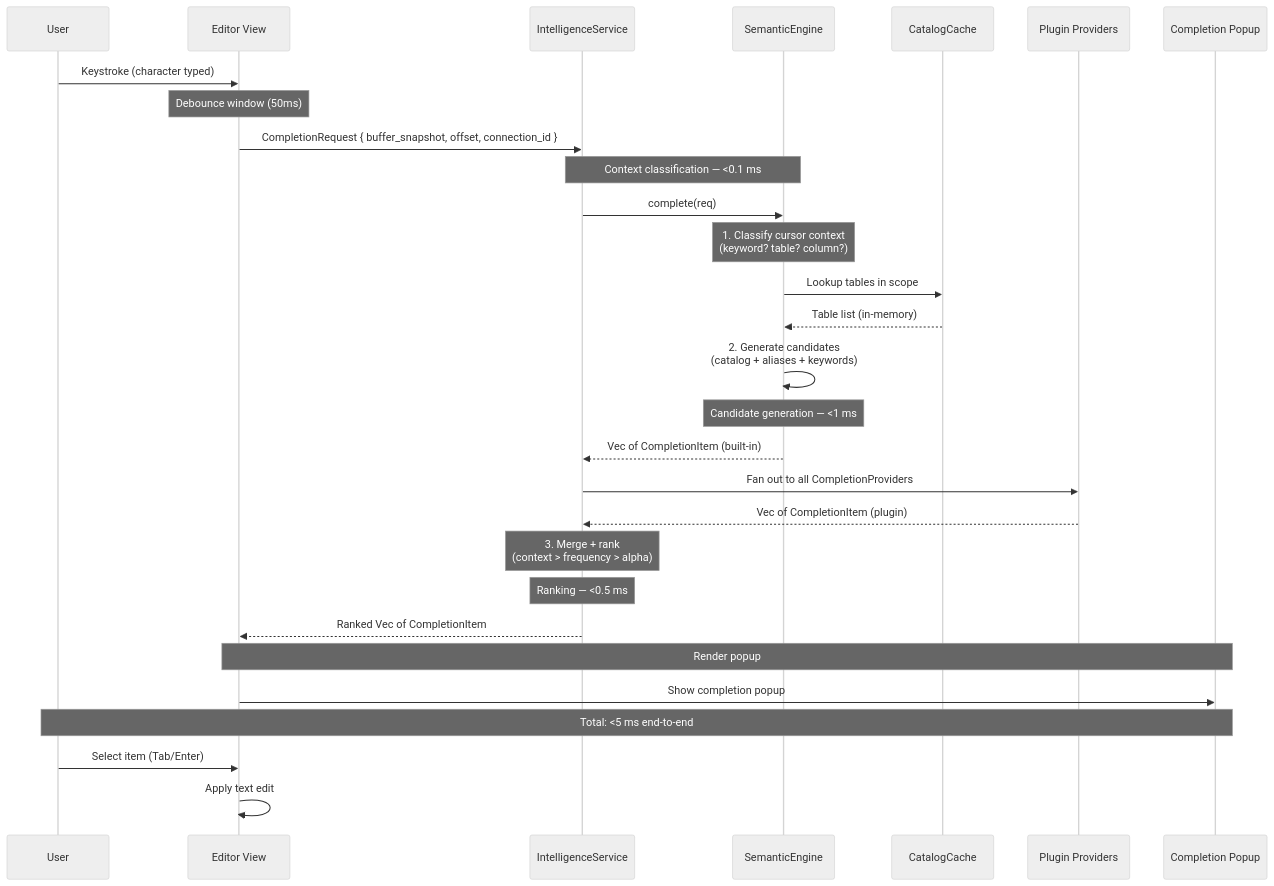
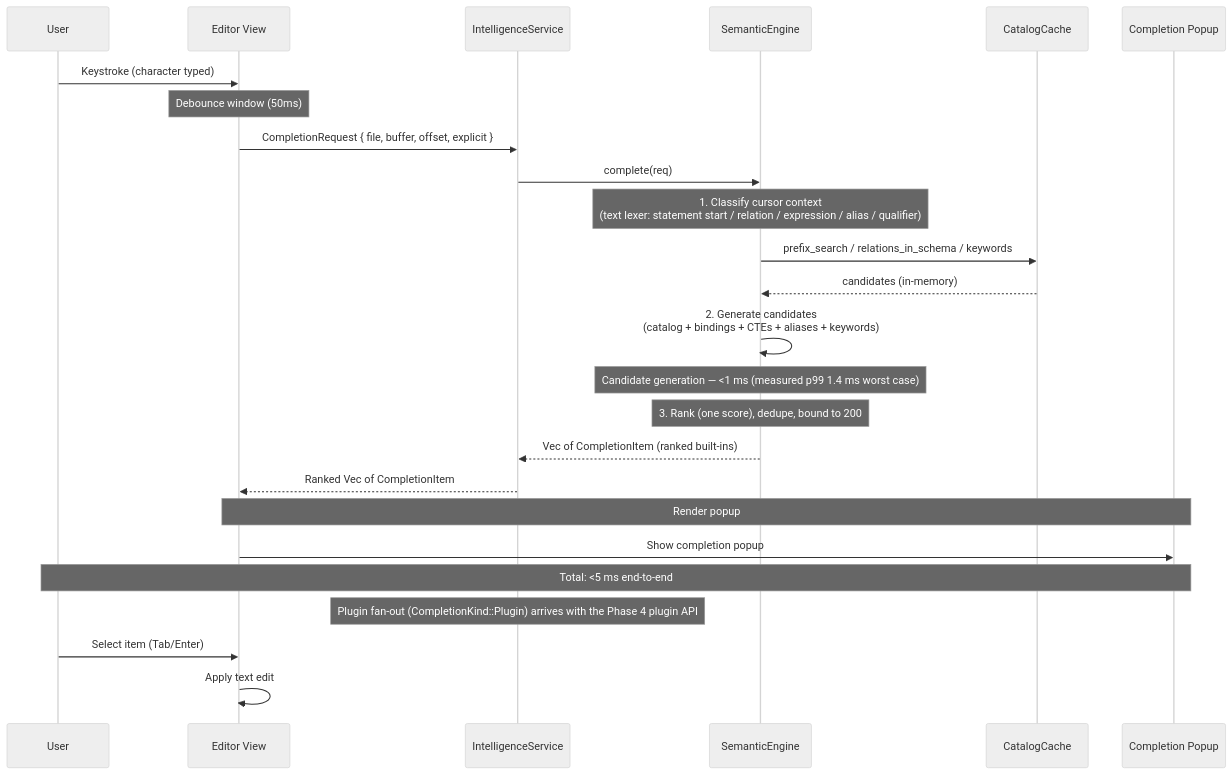
The second of 3 diagrams in docs/12-sql-intelligence.md (mohamad-kanso/Tempr), drawn with Mermaid (neutral theme) before and after one commit. The commit also changed other lines of this file and 16 other files, not shown here.

First line of the commit message:
feat(intel): completion — context classification, candidates, ranking (Phase 3 stage 5) (#21)

````diff
--- a/docs/12-sql-intelligence.md
+++ b/docs/12-sql-intelligence.md
@@ -260,49 +255,43 @@
 ```mermaid
 sequenceDiagram
     participant User
     participant Editor as Editor View
     participant IS as IntelligenceService
     participant SE as SemanticEngine
     participant Cat as CatalogCache
-    participant PP as Plugin Providers
     participant UI as Completion Popup
 
     User->>Editor: Keystroke (character typed)
 
     Note over Editor: Debounce window (50ms)
 
-    Editor->>IS: CompletionRequest { buffer_snapshot, offset, connection_id }
-
-    Note over IS,SE: Context classification — <0.1 ms
+    Editor->>IS: CompletionRequest { file, buffer, offset, explicit }
 
     IS->>SE: complete(req)
 
-    Note over SE: 1. Classify cursor context<br/>(keyword? table? column?)
+    Note over SE: 1. Classify cursor context<br/>(text lexer: statement start / relation / expression / alias / qualifier)
 
-    SE->>Cat: Lookup tables in scope
-    Cat-->>SE: Table list (in-memory)
+    SE->>Cat: prefix_search / relations_in_schema / keywords
+    Cat-->>SE: candidates (in-memory)
 
-    SE->>SE: 2. Generate candidates<br/>(catalog + aliases + keywords)
+    SE->>SE: 2. Generate candidates<br/>(catalog + bindings + CTEs + aliases + keywords)
 
-    Note over SE: Candidate generation — <1 ms
+    Note over SE: Candidate generation — <1 ms (measured p99 1.4 ms worst case)
 
-    SE-->>IS: Vec of CompletionItem (built-in)
+    Note over SE: 3. Rank (one score), dedupe, bound to 200
 
-    IS->>PP: Fan out to all CompletionProviders
-    PP-->>IS: Vec of CompletionItem (plugin)
-
-    Note over IS: 3. Merge + rank<br/>(context > frequency > alpha)
-
-    Note over IS: Ranking — <0.5 ms
+    SE-->>IS: Vec of CompletionItem (ranked built-ins)
 
     IS-->>Editor: Ranked Vec of CompletionItem
 
     Note over Editor,UI: Render popup
 
     Editor->>UI: Show completion popup
 
     Note over User,UI: Total: <5 ms end-to-end
 
+    Note over IS: Plugin fan-out (CompletionKind::Plugin) arrives with the Phase 4 plugin API
+
     User->>Editor: Select item (Tab/Enter)
     Editor->>Editor: Apply text edit
 ```
````
